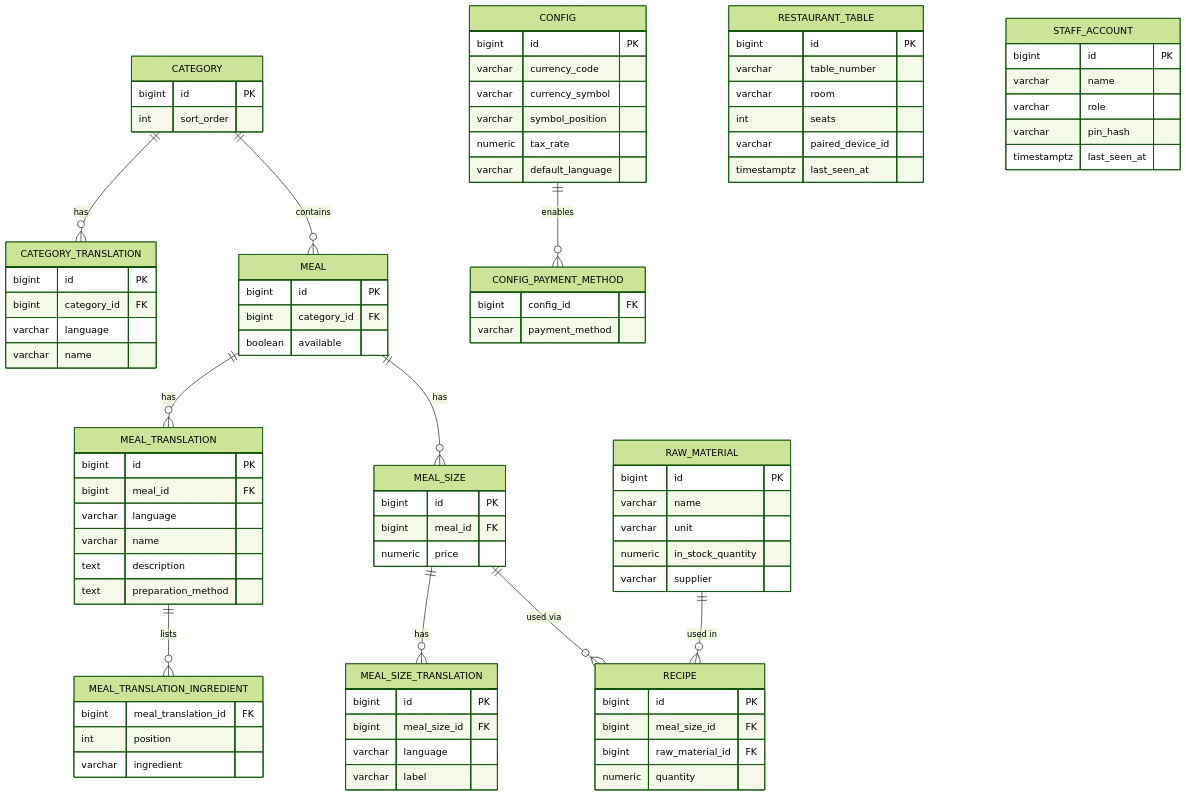
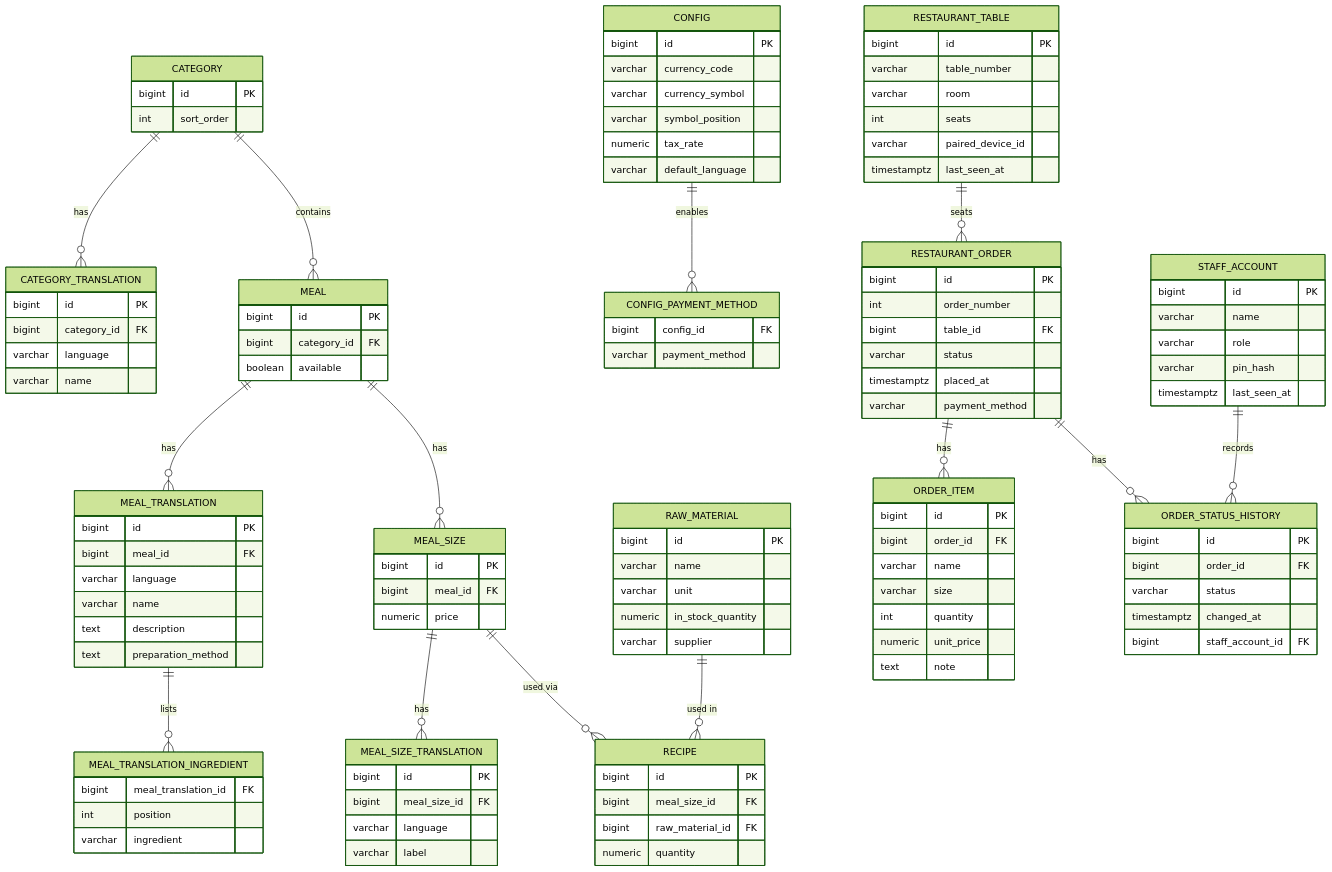
Before and after one commit to osamasado/Restaurant-Orders-Management: the diagram in Documentation/database-schema.md, drawn with Mermaid (forest theme). The commit also changed other lines of this file and 1 other file, not shown here.

Commit message:
Document issue #9 implementation and update schema diagram

````diff
--- a/Documentation/database-schema.md
+++ b/Documentation/database-schema.md
@@ -93,4 +93,33 @@
         bigint config_id FK
         varchar payment_method
     }
+    RESTAURANT_TABLE ||--o{ RESTAURANT_ORDER : seats
+    RESTAURANT_ORDER ||--o{ ORDER_ITEM : has
+    RESTAURANT_ORDER ||--o{ ORDER_STATUS_HISTORY : has
+    STAFF_ACCOUNT ||--o{ ORDER_STATUS_HISTORY : records
+
+    RESTAURANT_ORDER {
+        bigint id PK
+        int order_number
+        bigint table_id FK
+        varchar status
+        timestamptz placed_at
+        varchar payment_method
+    }
+    ORDER_ITEM {
+        bigint id PK
+        bigint order_id FK
+        varchar name
+        varchar size
+        int quantity
+        numeric unit_price
+        text note
+    }
+    ORDER_STATUS_HISTORY {
+        bigint id PK
+        bigint order_id FK
+        varchar status
+        timestamptz changed_at
+        bigint staff_account_id FK
+    }
 ```
````
